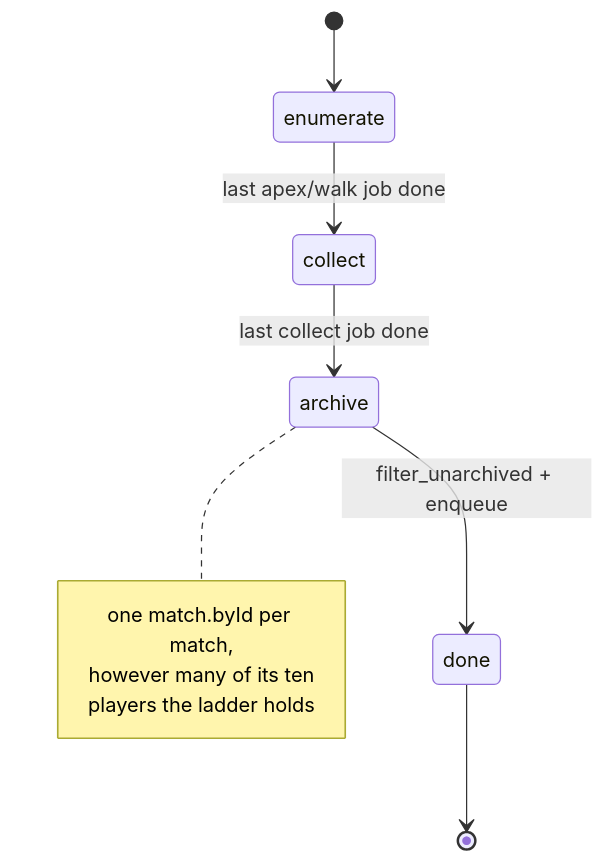
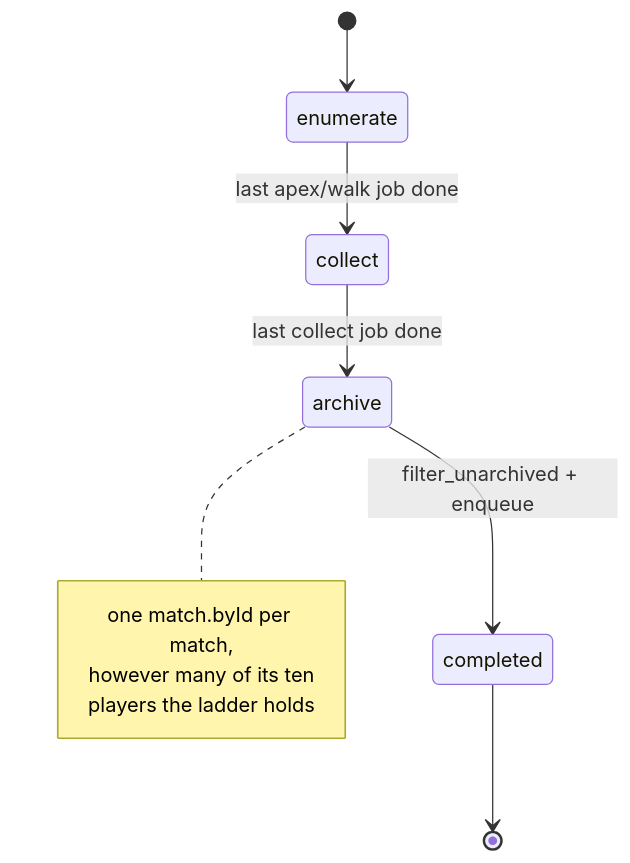
The second of 3 diagrams in docs/design/06-jobs-and-realtime.md (NinjaGoldfinch/riot-proxy), drawn with Mermaid before and after one commit. The commit also changed other lines of this file and 19 other files, not shown here.

First line of the commit message:
feat(ladder): crawl enumeration, v1's ladder schema, crawl start and options routes (#56)

````diff
--- a/docs/design/06-jobs-and-realtime.md
+++ b/docs/design/06-jobs-and-realtime.md
@@ -101,13 +101,13 @@
 ```mermaid
 stateDiagram-v2
     [*] --> enumerate
     enumerate --> collect: last apex/walk job done
     collect --> archive: last collect job done
-    archive --> done: filter_unarchived + enqueue
-    done --> [*]
+    archive --> completed: filter_unarchived + enqueue
+    completed --> [*]
     note right of archive
         one match.byId per match,
         however many of its ten
         players the ladder holds
     end note
 ```
````
